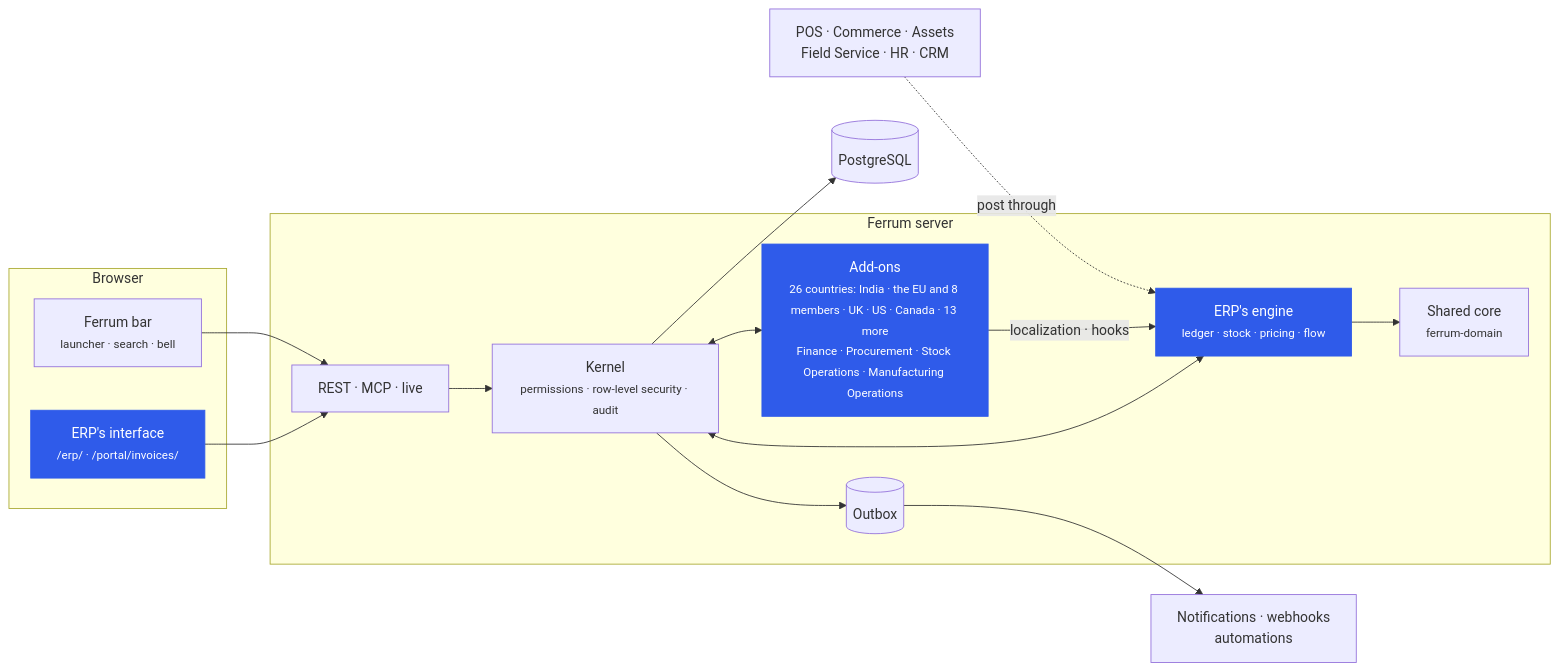
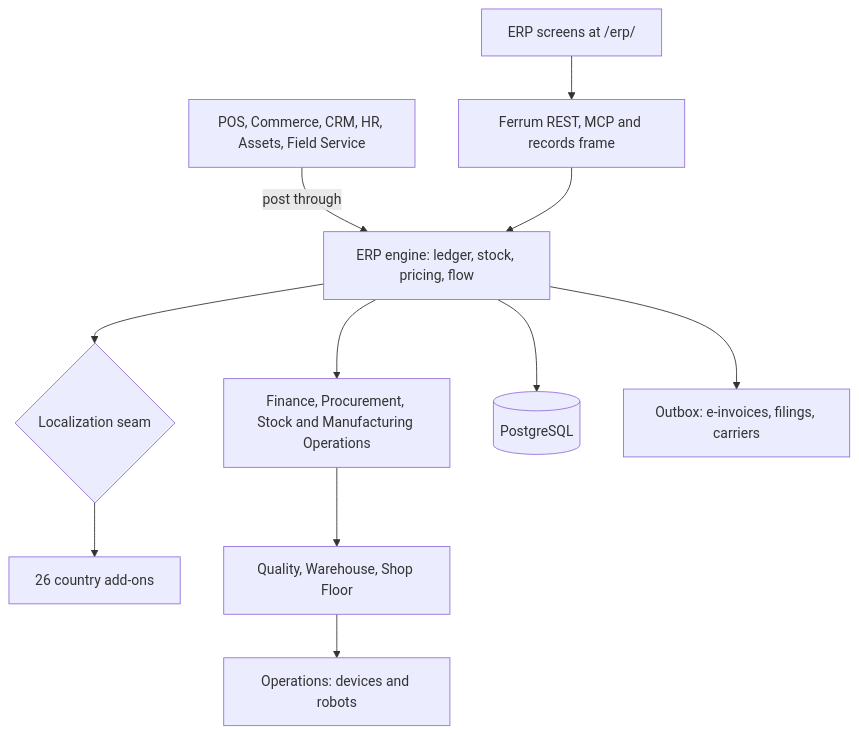
Before and after one commit to CBFerrum/ferrum-app-erp: the second of 2 diagrams in README.md, drawn with Mermaid. The commit also changed other lines of this file and 52 other files, not shown here.

First line of the commit message:
docs: end-to-end README with screenshots, features, comparison and roadmap

````diff
--- a/README.md
+++ b/README.md
@@ -195,26 +629,13 @@
 ```mermaid
-flowchart LR
-    subgraph Browser
-        UI["ERP's interface<br/><small>/erp/ · /portal/invoices/</small>"]
-        BAR["Ferrum bar<br/><small>launcher · search · bell</small>"]
-    end
-    subgraph Server["Ferrum server"]
-        API["REST · MCP · live"]
-        K["Kernel<br/><small>permissions · row-level security · audit</small>"]
-        ENG["ERP's engine<br/><small>ledger · stock · pricing · flow</small>"]
-        ADD["Add-ons<br/><small>26 countries: India · the EU and 8 members · UK · US · Canada · 13 more<br/>Finance · Procurement · Stock Operations · Manufacturing Operations</small>"]
-        CORE["Shared core<br/><small>ferrum-domain</small>"]
-        OB[("Outbox")]
-    end
-    DB[("PostgreSQL")]
-    UI --> API --> K --> DB
-    BAR --> API
-    K <--> ENG
-    K <--> ADD
-    ADD -->|localization · hooks| ENG
-    ENG --> CORE
-    K --> OB --> EV["Notifications · webhooks<br/>automations"]
-    APPS["POS · Commerce · Assets<br/>Field Service · HR · CRM"] -. post through .-> ENG
-    classDef erp fill:#2f5bea,color:#fff,stroke:#2f5bea
-    class UI,ENG,ADD erp
+flowchart TD
+    APPS["POS, Commerce, CRM, HR, Assets, Field Service"] -->|post through| ENG["ERP engine: ledger, stock, pricing, flow"]
+    UI["ERP screens at /erp/"] --> API["Ferrum REST, MCP and records frame"]
+    API --> ENG
+    ENG --> SEAM{"Localization seam"}
+    SEAM --> CTRY["26 country add-ons"]
+    ENG --> ADD["Finance, Procurement, Stock and Manufacturing Operations"]
+    ADD --> EXEC["Quality, Warehouse, Shop Floor"]
+    EXEC --> OPS["Operations: devices and robots"]
+    ENG --> DB[("PostgreSQL")]
+    ENG --> OUT["Outbox: e-invoices, filings, carriers"]
 ```
````
